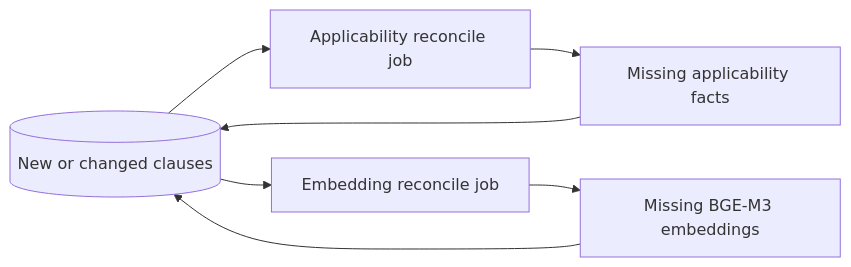
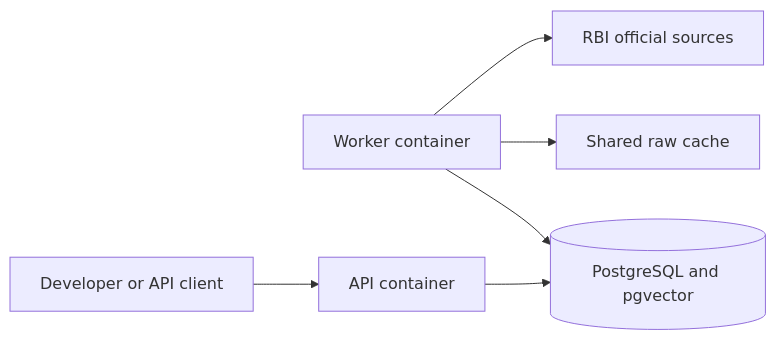
One commit to arnav7897/RAAY changed the fifth of 5 diagrams in flow.md. Above: the diagram before and after it, drawn with Mermaid. The commit also changed other lines of this file and 46 other files, not shown here.

````diff
--- a/flow.md
+++ b/flow.md
@@ -158,9 +205,8 @@
 ```mermaid
 flowchart LR
-  KB[(New or changed clauses)] --> AP[Applicability reconcile job]
-  KB --> EM[Embedding reconcile job]
-  AP --> AF[Missing applicability facts]
-  EM --> CE[Missing BGE-M3 embeddings]
-  AF --> KB
-  CE --> KB
+  W[Worker container] --> RBI[RBI official sources]
+  W --> RAW[Shared raw cache]
+  W --> DB[(PostgreSQL and pgvector)]
+  API[API container] --> DB
+  DEV[Developer or API client] --> API
 ```
````
